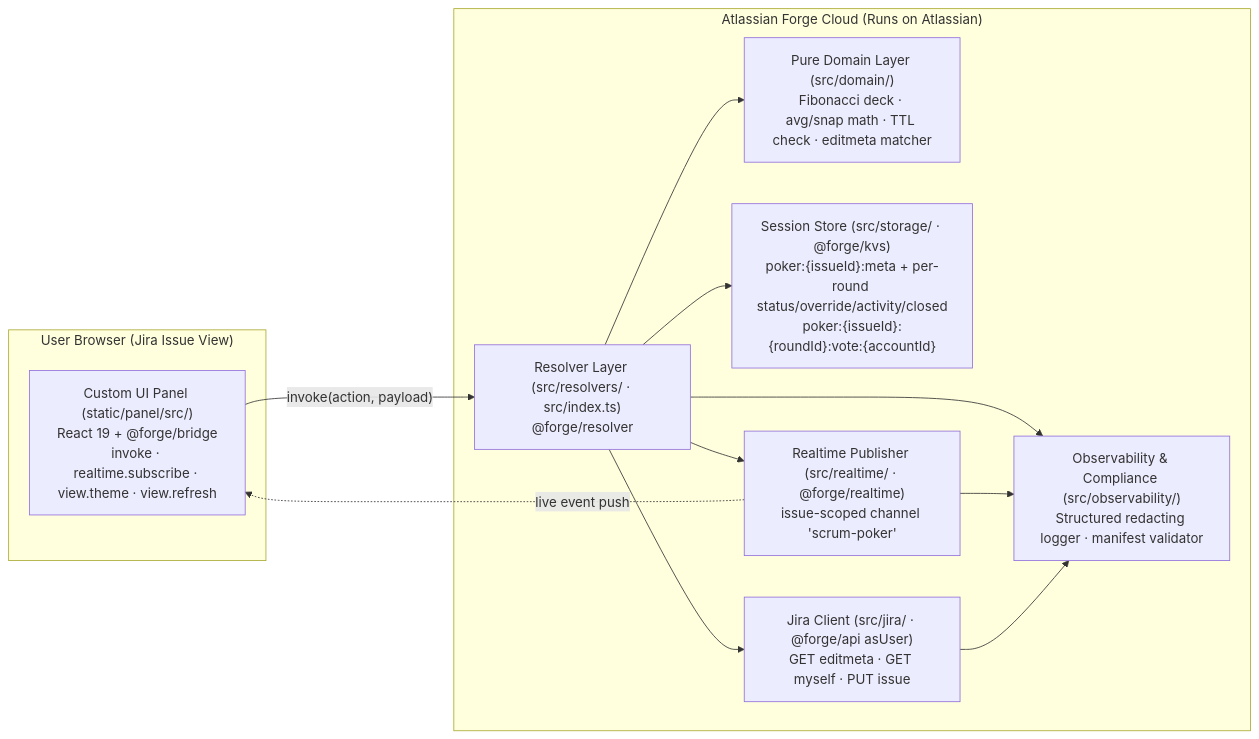
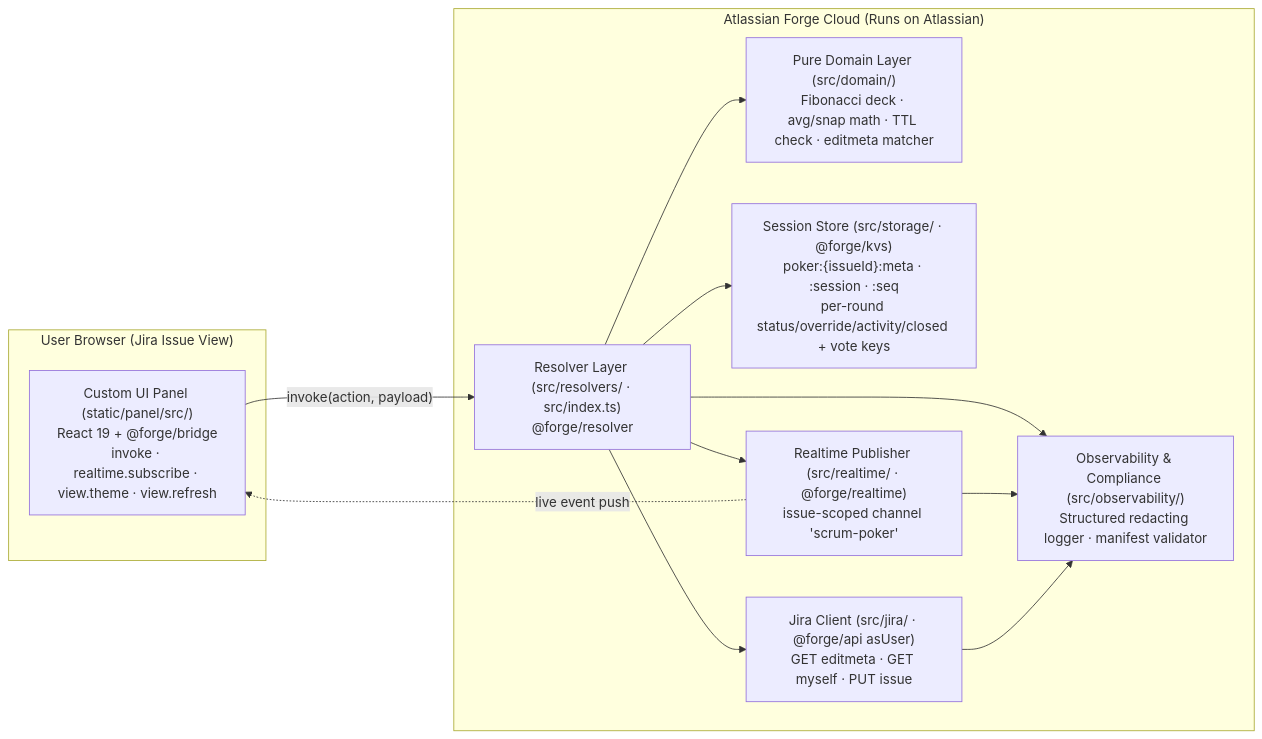
One commit to edipal/jira-scrum-poker changed the diagram in .lintel/steering/architecture.md. Above: the diagram before and after it, drawn with Mermaid. The commit also changed other lines of this file and 7 other files, not shown here.

Commit message:
fix: isolate round tombstones by session epoch and refresh meta TTL on vote activity

````diff
--- a/.lintel/steering/architecture.md
+++ b/.lintel/steering/architecture.md
@@ -7,23 +7,23 @@
 ```mermaid
 flowchart LR
   subgraph browser["User Browser (Jira Issue View)"]
     ui["Custom UI Panel (static/panel/src/)<br/>React 19 + @forge/bridge<br/>invoke · realtime.subscribe · view.theme · view.refresh"]
   end
   subgraph forge["Atlassian Forge Cloud (Runs on Atlassian)"]
     res["Resolver Layer (src/resolvers/ · src/index.ts)<br/>@forge/resolver"]
     dom["Pure Domain Layer (src/domain/)<br/>Fibonacci deck · avg/snap math · TTL check · editmeta matcher"]
     obs["Observability & Compliance (src/observability/)<br/>Structured redacting logger · manifest validator"]
-    kvs["Session Store (src/storage/ · @forge/kvs)<br/>poker:{issueId}:meta + per-round status/override/activity/closed<br/>poker:{issueId}:{roundId}:vote:{accountId}"]
+    kvs["Session Store (src/storage/ · @forge/kvs)<br/>poker:{issueId}:meta · :session · :seq<br/>per-round status/override/activity/closed + vote keys"]
     rt["Realtime Publisher (src/realtime/ · @forge/realtime)<br/>issue-scoped channel 'scrum-poker'"]
     jira["Jira Client (src/jira/ · @forge/api asUser)<br/>GET editmeta · GET myself · PUT issue"]
   end
   ui -- "invoke(action, payload)" --> res
   rt -. "live event push" .-> ui
   res --> dom
   res --> kvs
   res --> rt
   res --> jira
   res --> obs
   rt --> obs
   jira --> obs
 ```
````
